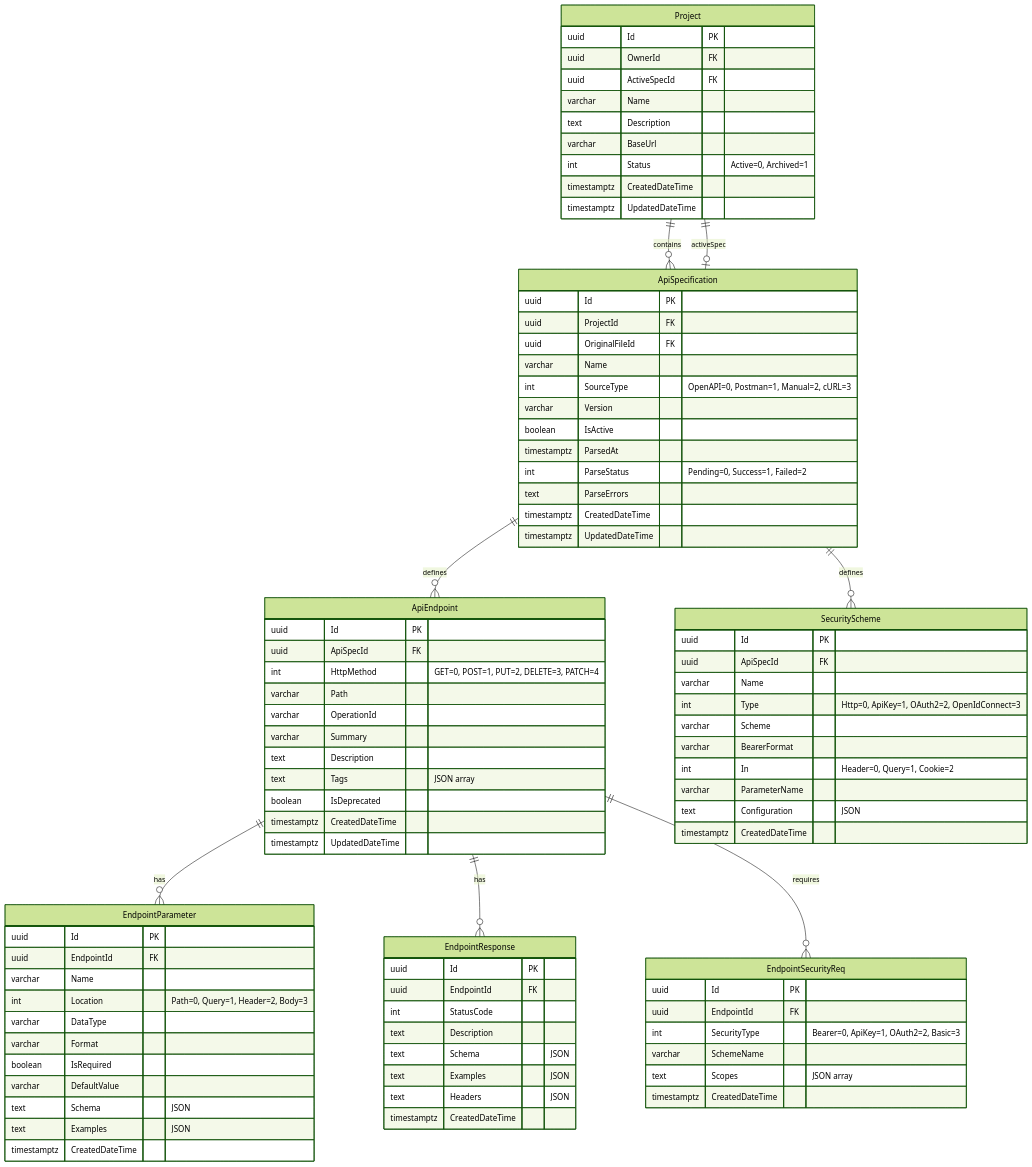
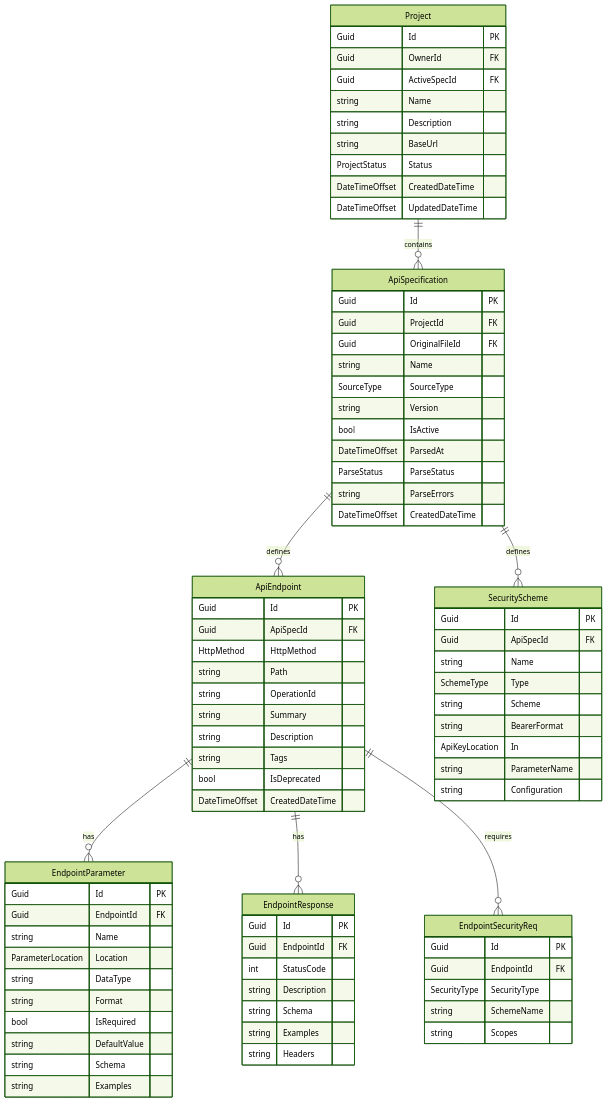
Before and after one commit to tinse-22/GSP26SE43.ModularMonolith: the third of 14 diagrams in docs/architecture/ENTITIES.md, drawn with Mermaid (forest theme). The commit also changed other lines of this file and 8 other files, not shown here.

````diff
--- a/docs/architecture/ENTITIES.md
+++ b/docs/architecture/ENTITIES.md
@@ -1330,7 +1469,6 @@
 ```mermaid
 erDiagram
     Project ||--o{ ApiSpecification : "contains"
-    Project ||--o| ApiSpecification : "activeSpec"
     ApiSpecification ||--o{ ApiEndpoint : "defines"
     ApiSpecification ||--o{ SecurityScheme : "defines"
     ApiEndpoint ||--o{ EndpointParameter : "has"
@@ -1338,90 +1476,78 @@
     ApiEndpoint ||--o{ EndpointSecurityReq : "requires"
 
     Project {
-        uuid Id PK
-        uuid OwnerId FK
-        uuid ActiveSpecId FK
-        varchar Name
-        text Description
-        varchar BaseUrl
-        int Status "Active=0, Archived=1"
-        timestamptz CreatedDateTime
-        timestamptz UpdatedDateTime
+        Guid Id PK
+        Guid OwnerId FK
+        Guid ActiveSpecId FK
+        string Name
+        string Description
+        string BaseUrl
+        ProjectStatus Status
+        DateTimeOffset CreatedDateTime
+        DateTimeOffset UpdatedDateTime
     }
-
     ApiSpecification {
-        uuid Id PK
-        uuid ProjectId FK
-        uuid OriginalFileId FK
-        varchar Name
-        int SourceType "OpenAPI=0, Postman=1, Manual=2, cURL=3"
-        varchar Version
-        boolean IsActive
-        timestamptz ParsedAt
-        int ParseStatus "Pending=0, Success=1, Failed=2"
-        text ParseErrors
-        timestamptz CreatedDateTime
-        timestamptz UpdatedDateTime
+        Guid Id PK
+        Guid ProjectId FK
+        Guid OriginalFileId FK
+        string Name
+        SourceType SourceType
+        string Version
+        bool IsActive
+        DateTimeOffset ParsedAt
+        ParseStatus ParseStatus
+        string ParseErrors
+        DateTimeOffset CreatedDateTime
     }
-
     ApiEndpoint {
-        uuid Id PK
-        uuid ApiSpecId FK
-        int HttpMethod "GET=0, POST=1, PUT=2, DELETE=3, PATCH=4"
-        varchar Path
-        varchar OperationId
-        varchar Summary
-        text Description
-        text Tags "JSON array"
-        boolean IsDeprecated
-        timestamptz CreatedDateTime
-        timestamptz UpdatedDateTime
+        Guid Id PK
+        Guid ApiSpecId FK
+        HttpMethod HttpMethod
+        string Path
+        string OperationId
+        string Summary
+        string Description
+        string Tags
+        bool IsDeprecated
+        DateTimeOffset CreatedDateTime
     }
-
     EndpointParameter {
-        uuid Id PK
-        uuid EndpointId FK
-        varchar Name
-        int Location "Path=0, Query=1, Header=2, Body=3"
-        varchar DataType
-        varchar Format
-        boolean IsRequired
-        varchar DefaultValue
-        text Schema "JSON"
-        text Examples "JSON"
-        timestamptz CreatedDateTime
+        Guid Id PK
+        Guid EndpointId FK
+        string Name
+        ParameterLocation Location
+        string DataType
+        string Format
+        bool IsRequired
+        string DefaultValue
+        string Schema
+        string Examples
     }
-
     EndpointResponse {
-        uuid Id PK
-        uuid EndpointId FK
+        Guid Id PK
+        Guid EndpointId FK
         int StatusCode
-        text Description
-        text Schema "JSON"
-        text Examples "JSON"
-        text Headers "JSON"
-        timestamptz CreatedDateTime
+        string Description
+        string Schema
+        string Examples
+        string Headers
     }
-
     SecurityScheme {
-        uuid Id PK
-        uuid ApiSpecId FK
-        varchar Name
-        int Type "Http=0, ApiKey=1, OAuth2=2, OpenIdConnect=3"
-        varchar Scheme
-        varchar BearerFormat
-        int In "Header=0, Query=1, Cookie=2"
-        varchar ParameterName
-        text Configuration "JSON"
-        timestamptz CreatedDateTime
+        Guid Id PK
+        Guid ApiSpecId FK
+        string Name
+        SchemeType Type
+        string Scheme
+        string BearerFormat
+        ApiKeyLocation In
+        string ParameterName
+        string Configuration
     }
-
     EndpointSecurityReq {
-        uuid Id PK
-        uuid EndpointId FK
-        int SecurityType "Bearer=0, ApiKey=1, OAuth2=2, Basic=3"
-        varchar SchemeName
-        text Scopes "JSON array"
-        timestamptz CreatedDateTime
+        Guid Id PK
+        Guid EndpointId FK
+        SecurityType SecurityType
+        string SchemeName
+        string Scopes
     }
 ```
````
